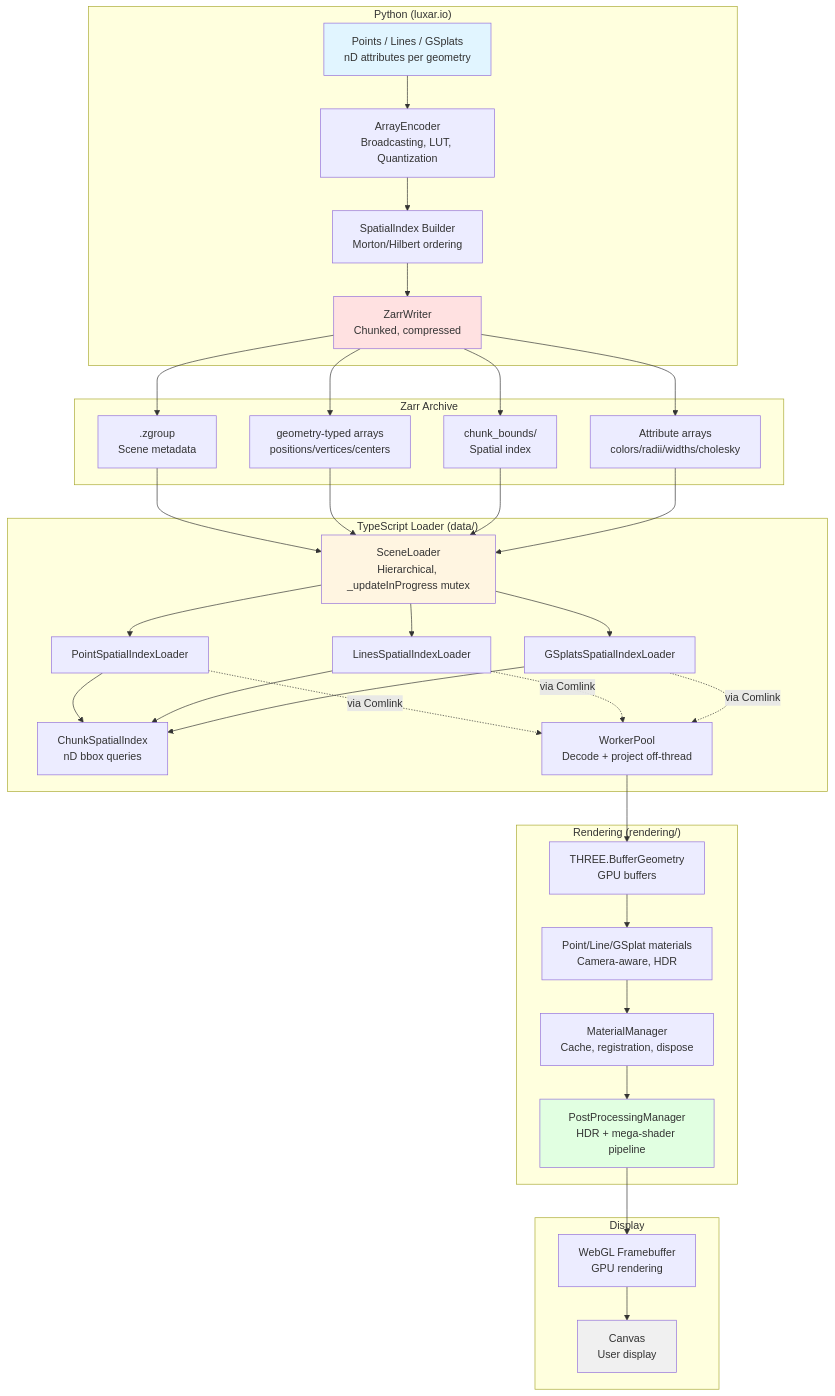
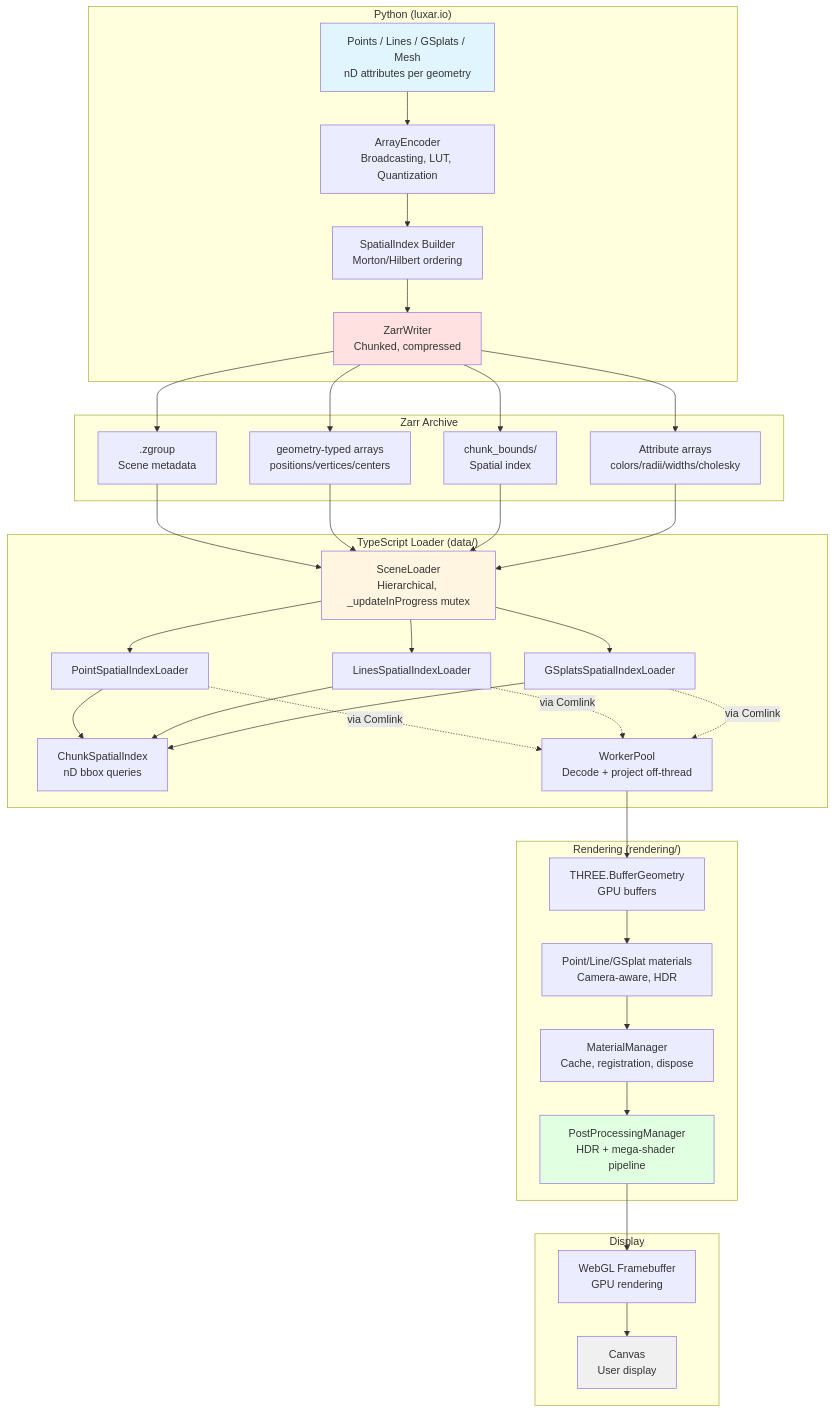
One commit to royerlab/luxar changed the first of 12 diagrams in packages/luxar-viewer/ARCHITECTURE-DIAGRAMS.md. Above: the diagram before and after it, drawn with Mermaid. The commit also changed other lines of this file and 43 other files, not shown here.

````diff
--- a/packages/luxar-viewer/ARCHITECTURE-DIAGRAMS.md
+++ b/packages/luxar-viewer/ARCHITECTURE-DIAGRAMS.md
@@ -34,52 +35,52 @@
 ```mermaid
 graph TB
     subgraph "Python (luxar.io)"
-        A[Points / Lines / GSplats<br/>nD attributes per geometry]
+        A[Points / Lines / GSplats / Mesh<br/>nD attributes per geometry]
         B[ArrayEncoder<br/>Broadcasting, LUT, Quantization]
         C[SpatialIndex Builder<br/>Morton/Hilbert ordering]
         D[ZarrWriter<br/>Chunked, compressed]
     end
 
     subgraph "Zarr Archive"
         E[.zgroup<br/>Scene metadata]
         F[geometry-typed arrays<br/>positions/vertices/centers]
         G[chunk_bounds/<br/>Spatial index]
         H[Attribute arrays<br/>colors/radii/widths/cholesky]
     end
 
     subgraph "TypeScript Loader (data/)"
         I[SceneLoader<br/>Hierarchical, _updateInProgress mutex]
         J1[PointSpatialIndexLoader]
         J2[LinesSpatialIndexLoader]
         J3[GSplatsSpatialIndexLoader]
         K[ChunkSpatialIndex<br/>nD bbox queries]
         L[WorkerPool<br/>Decode + project off-thread]
     end
 
     subgraph "Rendering (rendering/)"
         M[THREE.BufferGeometry<br/>GPU buffers]
         N[Point/Line/GSplat materials<br/>Camera-aware, HDR]
         O[MaterialManager<br/>Cache, registration, dispose]
         P[PostProcessingManager<br/>HDR + mega-shader pipeline]
     end
 
     subgraph "Display"
         Q[WebGL Framebuffer<br/>GPU rendering]
         R[Canvas<br/>User display]
     end
 
     A --> B --> C --> D
     D --> E & F & G & H
     E & F & G & H --> I
     I --> J1 & J2 & J3
     J1 & J2 & J3 --> K
     J1 & J2 & J3 -.via Comlink.-> L
     L --> M --> N
     N --> O --> P --> Q --> R
 
     style A fill:#e1f5ff
     style D fill:#ffe1e1
     style I fill:#fff5e1
     style P fill:#e1ffe1
     style R fill:#f0f0f0
 ```
````
